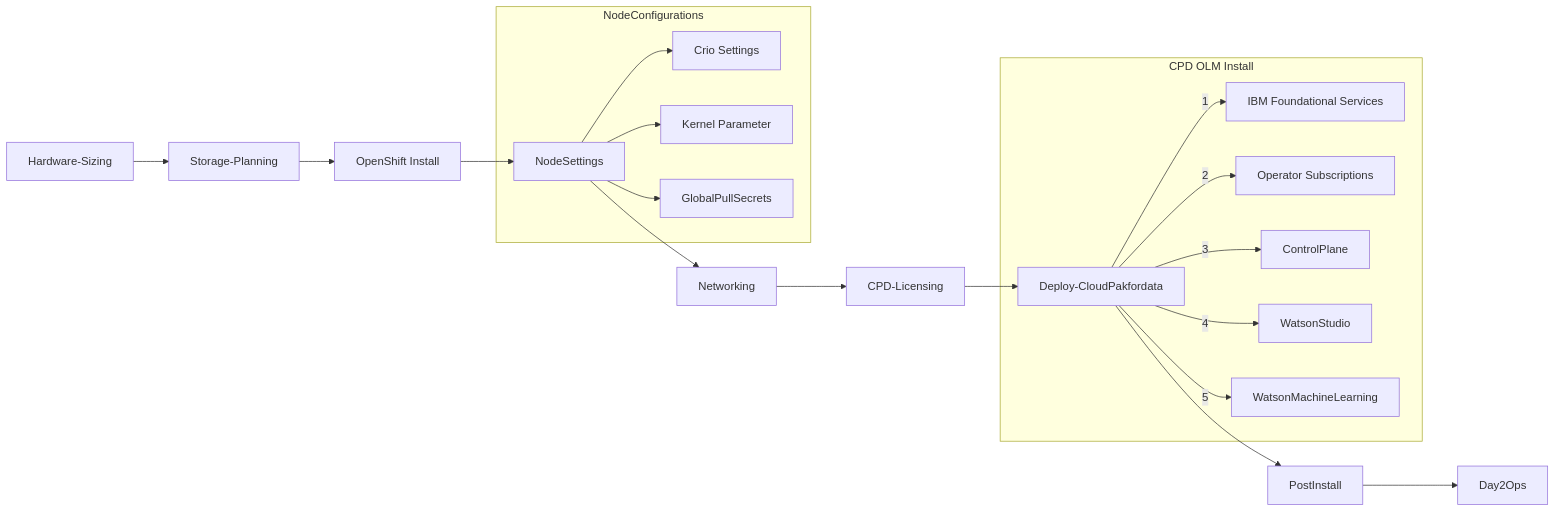
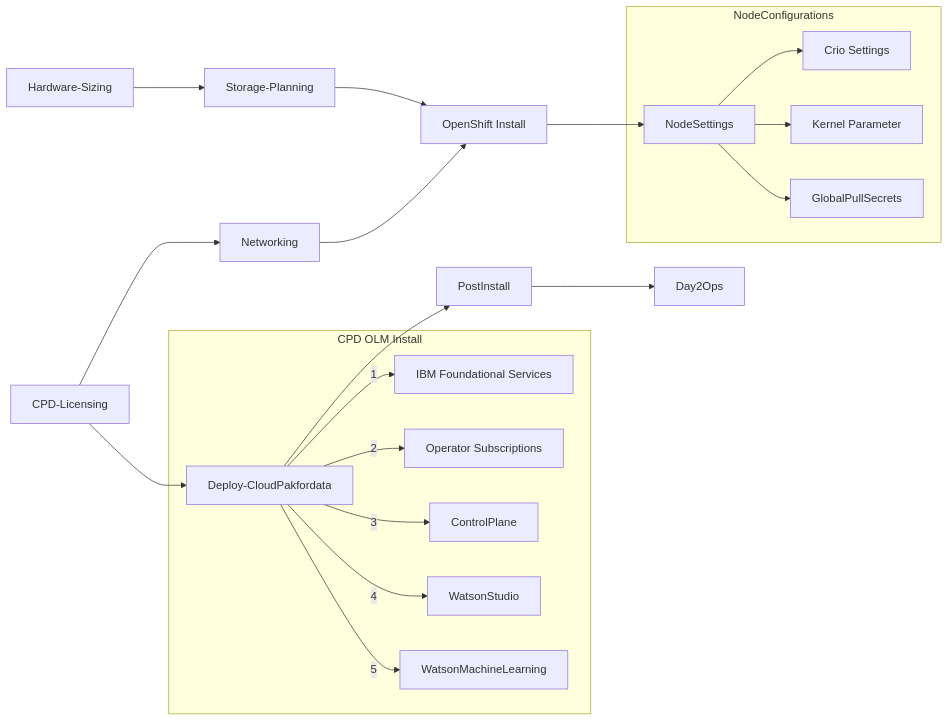
Before and after one commit to ekambaraml/IBM-Cloud-Pak-for-Data: the first of 2 diagrams in cpd45-deployment.md, drawn with Mermaid. The commit also changed other lines of this file, not shown here.

````diff
--- a/cpd45-deployment.md
+++ b/cpd45-deployment.md
@@ -66,25 +65,26 @@
 ```mermaid
 graph LR
     
     Hardware-Sizing --> Storage-Planning
     Storage-Planning --> OpenShift[OpenShift Install]
+    CPD-Licensing -->  Networking
+    Networking --> OpenShift
     OpenShift --> NodeSettings
-    NodeSettings --> Networking
-    Networking --> CPD-Licensing
+ 
     CPD-Licensing --> Deploy-CloudPakfordata
     Deploy-CloudPakfordata --> PostInstall
     PostInstall-->Day2Ops
     subgraph NodeConfigurations
     NodeSettings --> CRIO[Crio Settings]
     NodeSettings --> Kernel[Kernel Parameter]
     NodeSettings --> GlobalPullSecrets
     end
     subgraph OLM[CPD OLM Install]
     Deploy-CloudPakfordata -->|1| Foundation[IBM Foundational Services]
     Deploy-CloudPakfordata -->|2| Operators[Operator Subscriptions]
     Deploy-CloudPakfordata -->|3| ControlPlane
     Deploy-CloudPakfordata -->|4| WatsonStudio
     Deploy-CloudPakfordata -->|5| WatsonMachineLearning
     end
 
 ```
````
